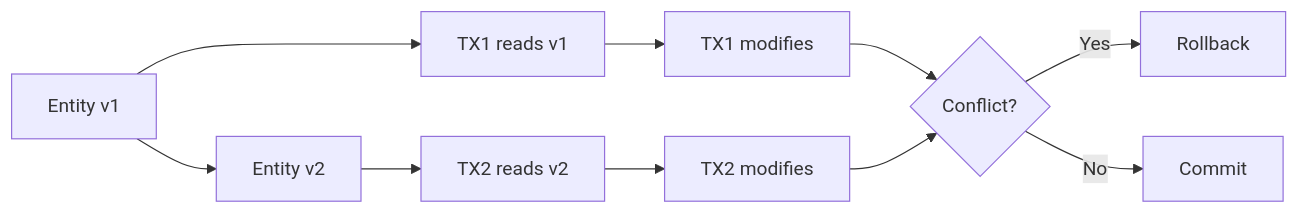
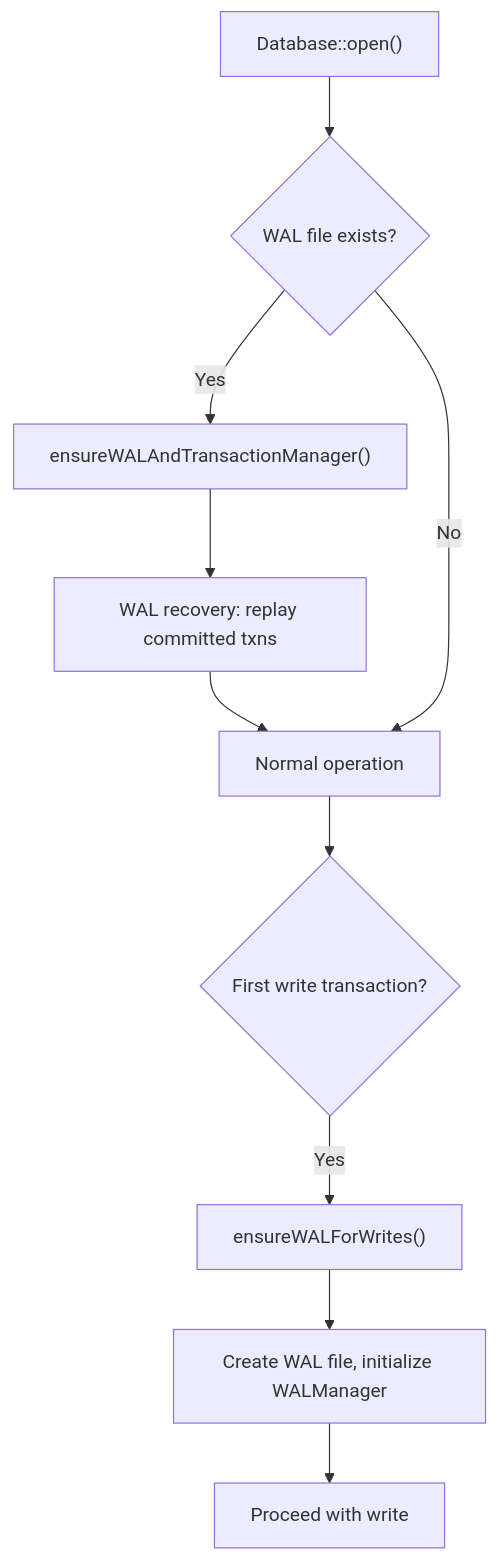
The fifth of 5 diagrams in docs/apps/docs/content/docs/en/zyx/architecture/transactions.mdx (nexepic/zyx), drawn with Mermaid before and after one commit. The commit also changed other lines of this file and 73 other files, not shown here.

````diff
--- a/docs/apps/docs/content/docs/en/zyx/architecture/transactions.mdx
+++ b/docs/apps/docs/content/docs/en/zyx/architecture/transactions.mdx
@@ -160,14 +114,13 @@
 ```mermaid
-graph LR
-    A[Entity v1] --> B[Entity v2]
-    A --> C[TX1 reads v1]
-    B --> D[TX2 reads v2]
+graph TD
+    A["Database::open()"] --> B{WAL file exists?}
+    B -->|Yes| C["ensureWALAndTransactionManager()"]
+    C --> D[WAL recovery: replay committed txns]
+    D --> E[Normal operation]
+    B -->|No| E
 
-    C --> E[TX1 modifies]
-    D --> F[TX2 modifies]
-
-    E --> G{Conflict?}
-    F --> G
-    G -->|Yes| H[Rollback]
-    G -->|No| I[Commit]
+    E --> F{First write transaction?}
+    F -->|Yes| G["ensureWALForWrites()"]
+    G --> H[Create WAL file, initialize WALManager]
+    H --> I[Proceed with write]
 ```
````
